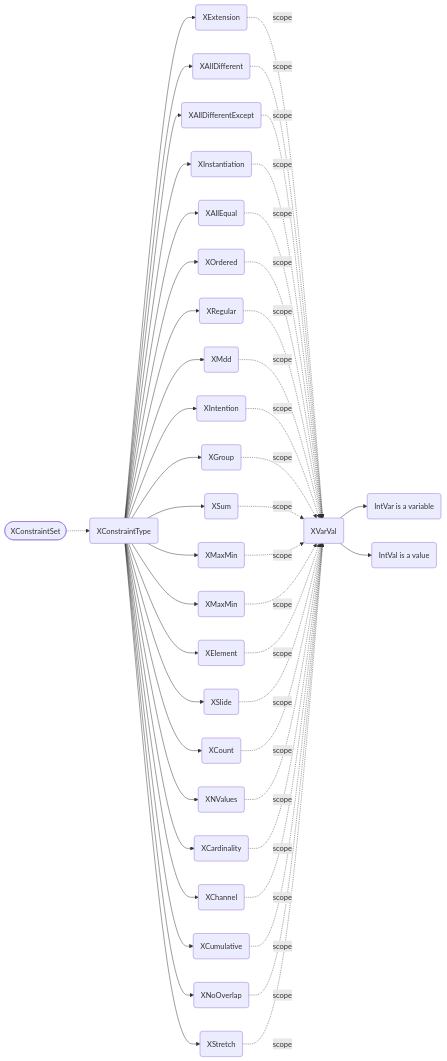
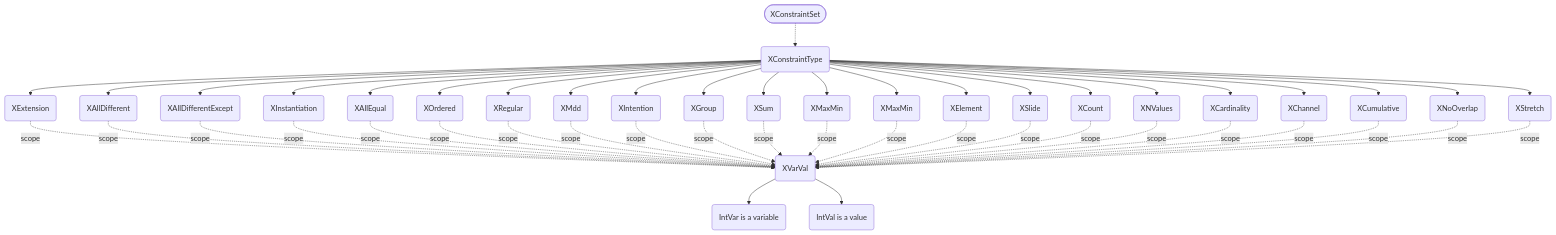
One commit to luhanzhen/xcsp3-rust changed the third of 4 diagrams in README.md. Above: the diagram before and after it, drawn with Mermaid.

Commit message:
2023.8.1 中午11点提交，

````diff
--- a/README.md
+++ b/README.md
@@ -89,28 +89,28 @@
 ```mermaid
-graph LR
+graph TB
     D([XConstraintSet]) -.-> XConstraintType(XConstraintType)
     XConstraintType -->  XExtension(XExtension) -.scope.-> Scope(XVarVal)
     XConstraintType --> XAllDifferent(XAllDifferent)-.scope.-> Scope
     XConstraintType --> XAllDifferentExcept(XAllDifferentExcept)-.scope.-> Scope
     XConstraintType --> XInstantiation(XInstantiation)-.scope.-> Scope
     XConstraintType --> XAllEqual(XAllEqual)-.scope.-> Scope
     XConstraintType --> XOrdered(XOrdered)-.scope.-> Scope
     XConstraintType --> XRegular(XRegular)-.scope.-> Scope
     XConstraintType -->XMdd(XMdd)-.scope.-> Scope
     XConstraintType -->XIntention(XIntention)-.scope.-> Scope
     XConstraintType -->XGroup(XGroup)-.scope.-> Scope
     XConstraintType -->XSum(XSum)-.scope.-> Scope
     XConstraintType -->XMaximum(XMaxMin)-.scope.-> Scope
     XConstraintType -->XMinimum(XMaxMin)-.scope.-> Scope
     XConstraintType -->XElement(XElement)-.scope.-> Scope
     XConstraintType -->XSlide(XSlide)-.scope.-> Scope
     XConstraintType -->XCount(XCount)-.scope.-> Scope
     XConstraintType -->XNValues(XNValues)-.scope.-> Scope
     XConstraintType -->XCardinality(XCardinality)-.scope.-> Scope
     XConstraintType -->XChannel(XChannel)-.scope.-> Scope
     XConstraintType -->XCumulative(XCumulative)-.scope.-> Scope
     XConstraintType -->XNoOverlap(XNoOverlap)-.scope.-> Scope
     XConstraintType --> XStretch(XStretch)-.scope.-> Scope
     Scope -->IntVar(IntVar is a variable)
     Scope -->IntVal(IntVal is a value)
 ```
````
